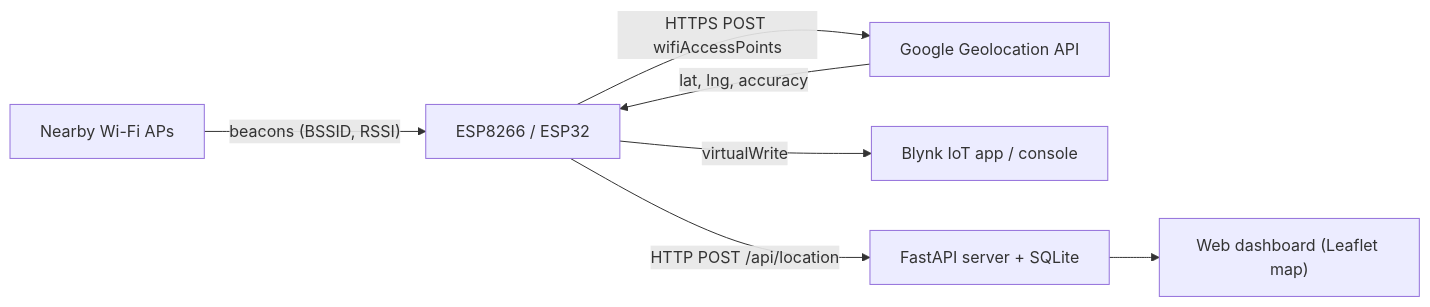
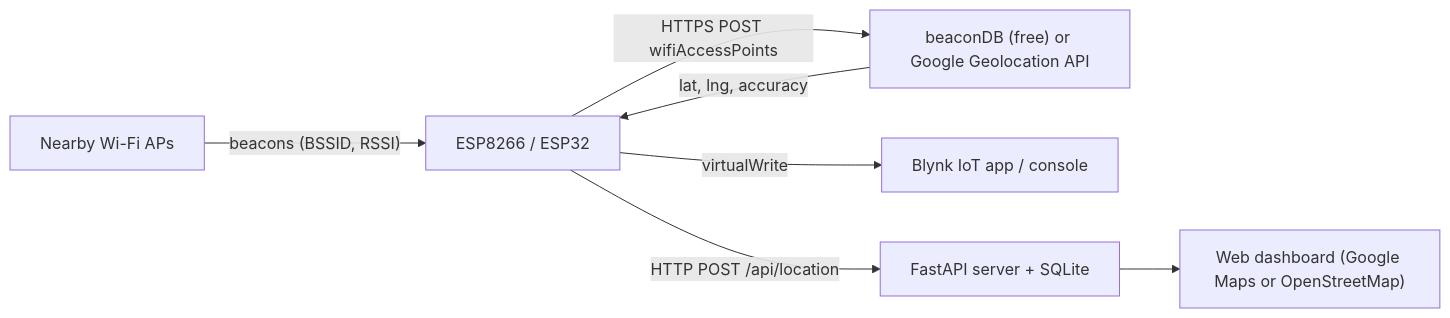
Before and after one commit to Assassin859/wifi-geolocation-tracker: the diagram in README.md, drawn with Mermaid. The commit also changed other lines of this file and 9 other files, not shown here.

First line of the commit message:
Add Google Maps dashboard view and free location providers

````diff
--- a/README.md
+++ b/README.md
@@ -10,9 +11,9 @@
 ```mermaid
 flowchart LR
     APs["Nearby Wi-Fi APs"] -- "beacons (BSSID, RSSI)" --> ESP["ESP8266 / ESP32"]
-    ESP -- "HTTPS POST wifiAccessPoints" --> G["Google Geolocation API"]
+    ESP -- "HTTPS POST wifiAccessPoints" --> G["beaconDB (free) or Google Geolocation API"]
     G -- "lat, lng, accuracy" --> ESP
     ESP -- "virtualWrite" --> B["Blynk IoT app / console"]
     ESP -- "HTTP POST /api/location" --> S["FastAPI server + SQLite"]
-    S --> W["Web dashboard (Leaflet map)"]
+    S --> W["Web dashboard (Google Maps or OpenStreetMap)"]
 ```
````
